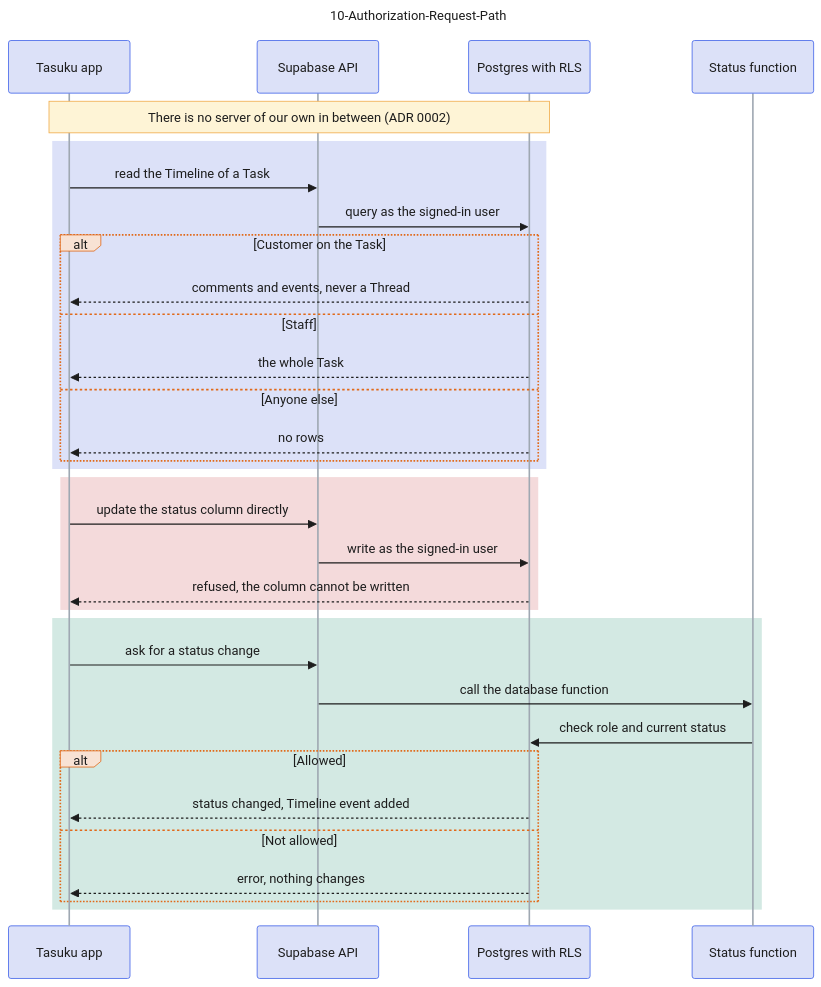
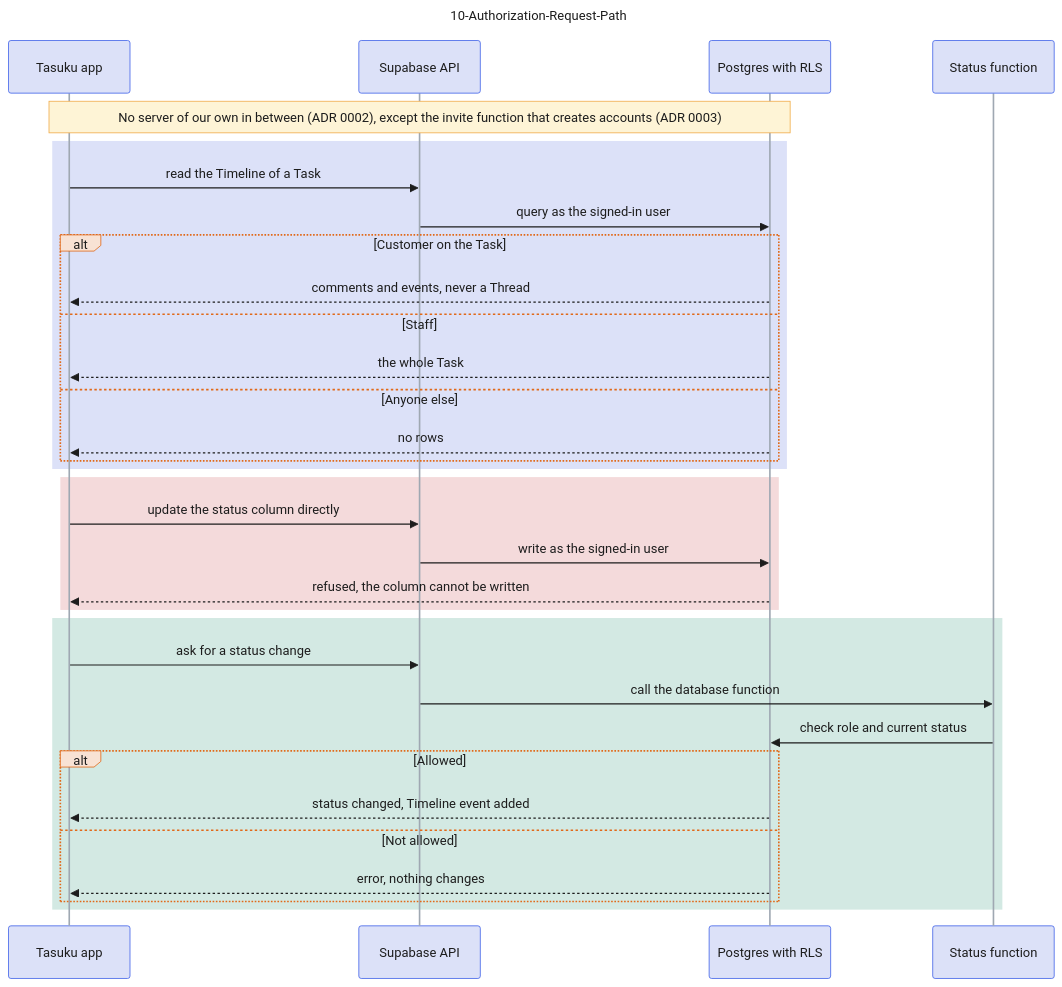
The diagram in docs/diagram/10-Authorization-Request-Path.md (jedt3d/tasuku), drawn with Mermaid before and after one commit. The commit also changed other lines of this file and 19 other files, not shown here.

First line of the commit message:
docs: settle the open diagram gaps and close sign-up

```diff
--- a/docs/diagram/10-Authorization-Request-Path.md
+++ b/docs/diagram/10-Authorization-Request-Path.md
@@ -83,7 +83,7 @@
   participant API as Supabase API
   participant DB as Postgres with RLS
   participant Fn as Status function
-  Note over App,DB: There is no server of our own in between (ADR 0002)
+  Note over App,DB: No server of our own in between (ADR 0002), except the invite function that creates accounts (ADR 0003)
   rect rgb(220, 225, 248)
     App->>API: read the Timeline of a Task
     API->>DB: query as the signed-in user
```
